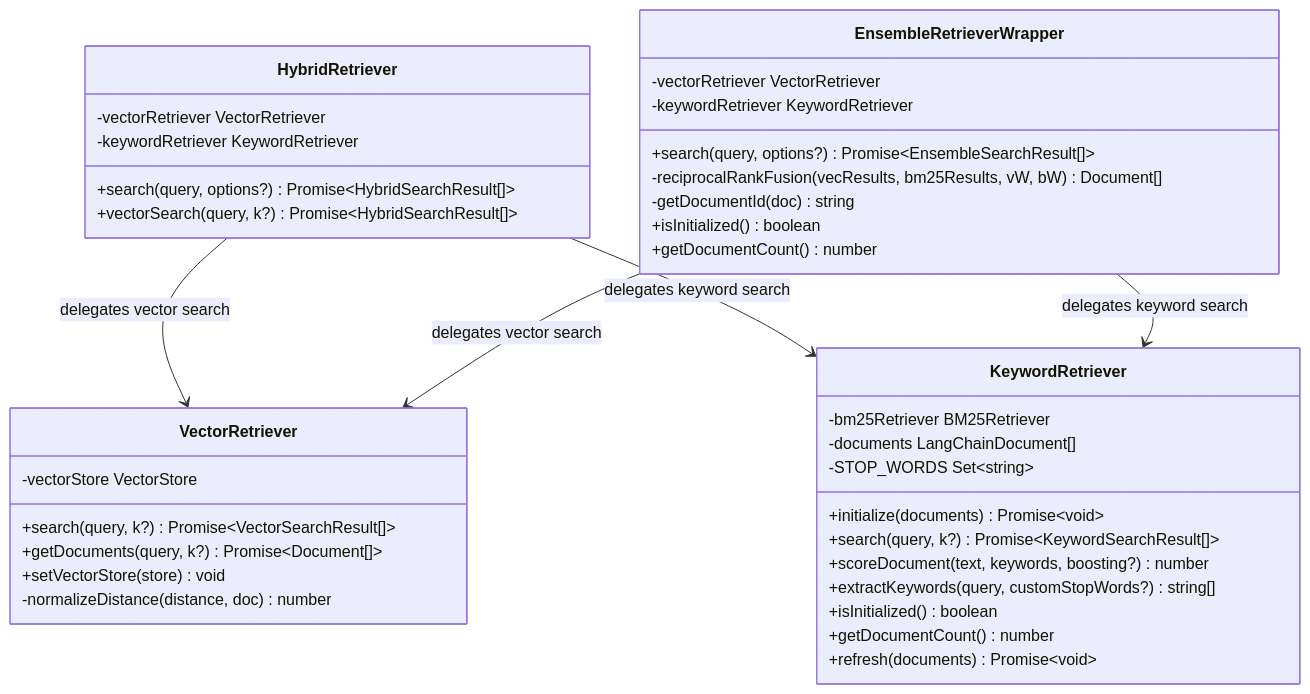
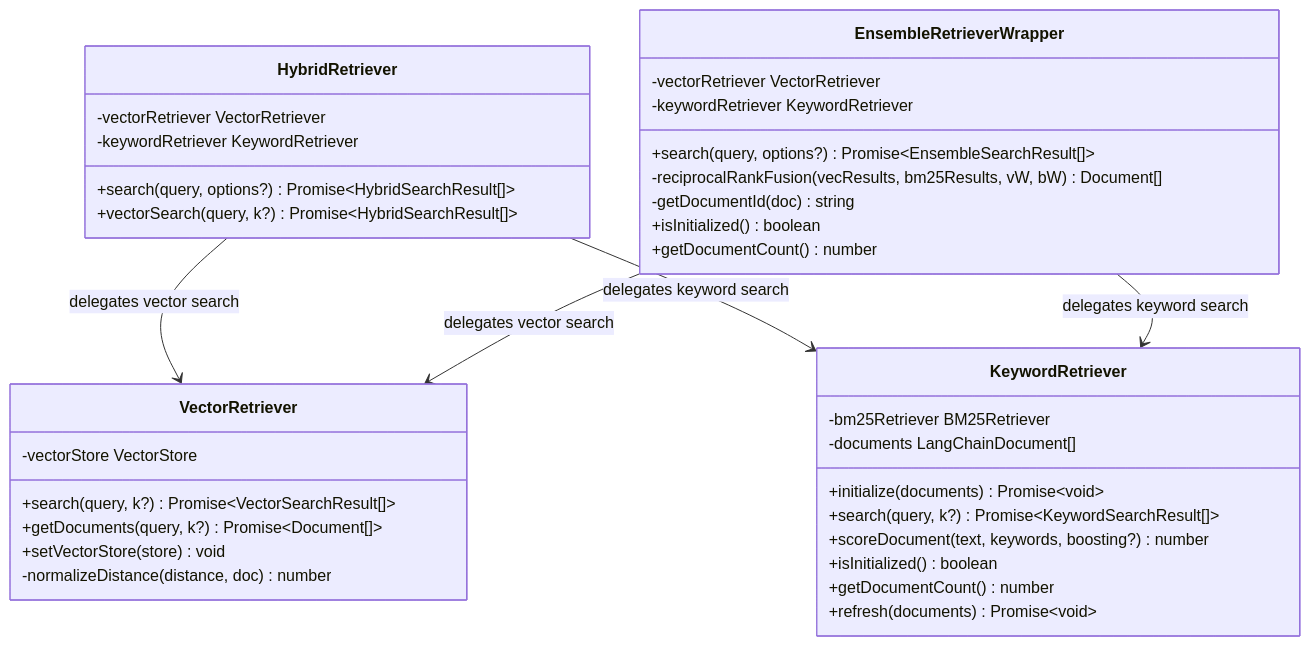
Before and after one commit to hyorman/RAGnarok: the tenth of 16 diagrams in ARCHITECTURE.md, drawn with Mermaid. The commit also changed other lines of this file and 88 other files, not shown here.

First line of the commit message:
feat: knowledge graph, standalone memory, cross-encoder reranking, and benchmarks

````diff
--- a/ARCHITECTURE.md
+++ b/ARCHITECTURE.md
@@ -600,45 +609,43 @@
 ```mermaid
 classDiagram
     class VectorRetriever {
         -vectorStore VectorStore
         +search(query, k?) Promise~VectorSearchResult[]~
         +getDocuments(query, k?) Promise~Document[]~
         +setVectorStore(store) void
         -normalizeDistance(distance, doc) number
     }
 
     class KeywordRetriever {
         -bm25Retriever BM25Retriever
         -documents LangChainDocument[]
-        -STOP_WORDS Set~string~
         +initialize(documents) Promise~void~
         +search(query, k?) Promise~KeywordSearchResult[]~
         +scoreDocument(text, keywords, boosting?) number
-        +extractKeywords(query, customStopWords?) string[]
         +isInitialized() boolean
         +getDocumentCount() number
         +refresh(documents) Promise~void~
     }
 
     class HybridRetriever {
         -vectorRetriever VectorRetriever
         -keywordRetriever KeywordRetriever
         +search(query, options?) Promise~HybridSearchResult[]~
         +vectorSearch(query, k?) Promise~HybridSearchResult[]~
     }
 
     class EnsembleRetrieverWrapper {
         -vectorRetriever VectorRetriever
         -keywordRetriever KeywordRetriever
         +search(query, options?) Promise~EnsembleSearchResult[]~
         -reciprocalRankFusion(vecResults, bm25Results, vW, bW) Document[]
         -getDocumentId(doc) string
         +isInitialized() boolean
         +getDocumentCount() number
     }
 
     HybridRetriever --> VectorRetriever : delegates vector search
     HybridRetriever --> KeywordRetriever : delegates keyword search
     EnsembleRetrieverWrapper --> VectorRetriever : delegates vector search
     EnsembleRetrieverWrapper --> KeywordRetriever : delegates keyword search
 ```
````
